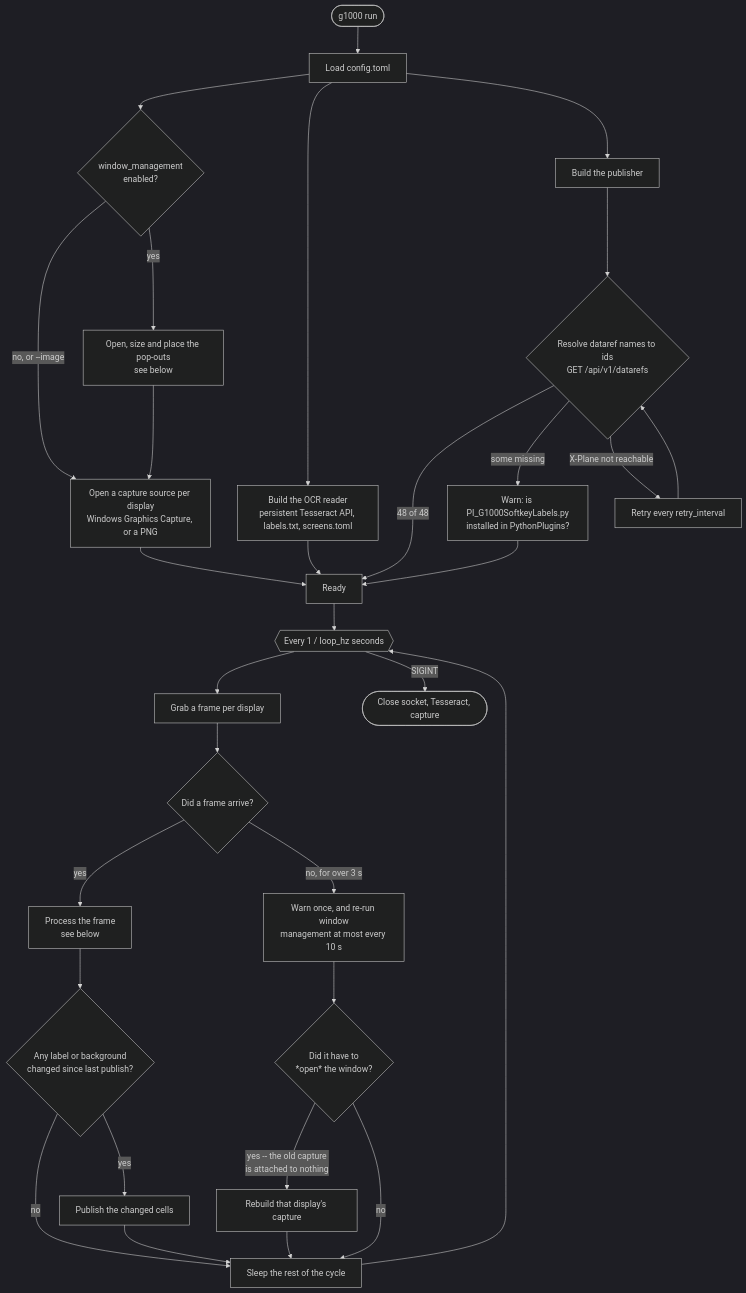
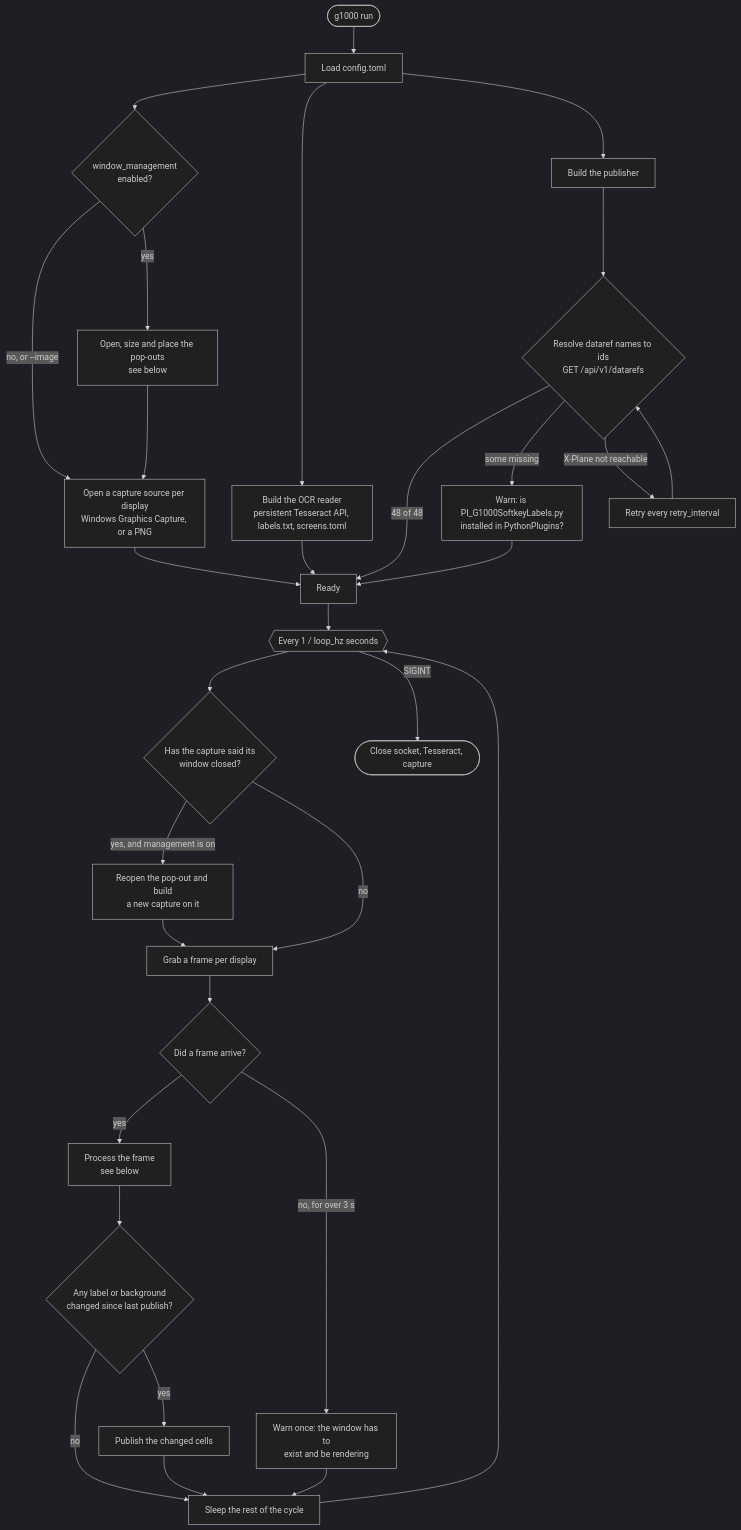
One commit to rstalets/GlassLinkXP changed the first of 4 diagrams in docs/PIPELINE.md. Above: the diagram before and after it, drawn with Mermaid (dark theme). The commit also changed other lines of this file and 6 other files, not shown here.

````diff
--- a/docs/PIPELINE.md
+++ b/docs/PIPELINE.md
@@ -11,38 +11,38 @@
 ```mermaid
 flowchart TD
     START([g1000 run]) --> CFG[Load config.toml]
     CFG --> WM{"window_management<br/>enabled?"}
     WM -->|"no, or --image"| SRC
     WM -->|yes| MANAGE["Open, size and place the pop-outs<br/>see below"]
     MANAGE --> SRC
     SRC["Open a capture source per display<br/>Windows Graphics Capture, or a PNG"]
     CFG --> RDR["Build the OCR reader<br/>persistent Tesseract API, labels.txt, screens.toml"]
     CFG --> PUB[Build the publisher]
 
     PUB --> RESOLVE{"Resolve dataref names to ids<br/>GET /api/v1/datarefs"}
     RESOLVE -->|48 of 48| READY[Ready]
     RESOLVE -->|some missing| WARN["Warn: is PI_G1000SoftkeyLabels.py<br/>installed in PythonPlugins?"]
     WARN --> READY
     RESOLVE -->|X-Plane not reachable| RETRY["Retry every retry_interval"]
     RETRY --> RESOLVE
 
     SRC --> READY
     RDR --> READY
 
     READY --> LOOP{{"Every 1 / loop_hz seconds"}}
-    LOOP --> GRAB[Grab a frame per display]
+    LOOP --> LOST{"Has the capture said its<br/>window closed?"}
+    LOST -->|"yes, and management is on"| REOPEN["Reopen the pop-out and build<br/>a new capture on it"]
+    LOST -->|no| GRAB
+    REOPEN --> GRAB[Grab a frame per display]
     GRAB --> GOT{"Did a frame arrive?"}
     GOT -->|yes| PROC["Process the frame<br/>see below"]
-    GOT -->|"no, for over 3 s"| STARVED["Warn once, and re-run window<br/>management at most every 10 s"]
-    STARVED --> REOPEN{"Did it have to<br/>*open* the window?"}
-    REOPEN -->|"yes -- the old capture<br/>is attached to nothing"| REBUILD[Rebuild that display's capture]
-    REOPEN -->|no| SLEEP
-    REBUILD --> SLEEP
+    GOT -->|"no, for over 3 s"| STARVED["Warn once: the window has to<br/>exist and be rendering"]
+    STARVED --> SLEEP
     PROC --> DIFF{"Any label or background<br/>changed since last publish?"}
     DIFF -->|no| SLEEP
     DIFF -->|yes| SEND["Publish the changed cells"]
     SEND --> SLEEP[Sleep the rest of the cycle]
     SLEEP --> LOOP
 
     LOOP -->|SIGINT| STOP([Close socket, Tesseract, capture])
 ```
````
